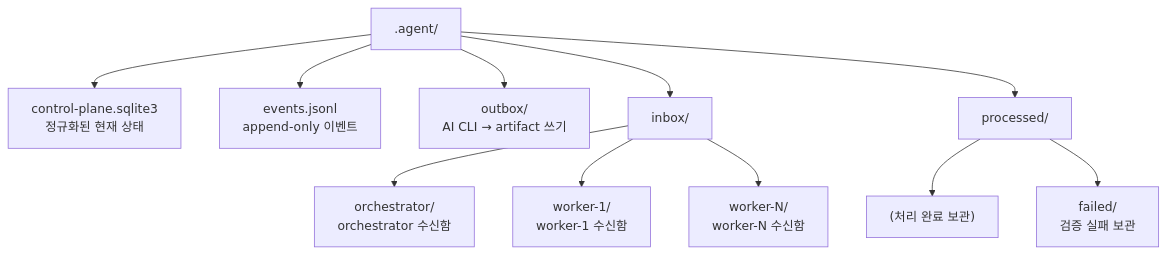
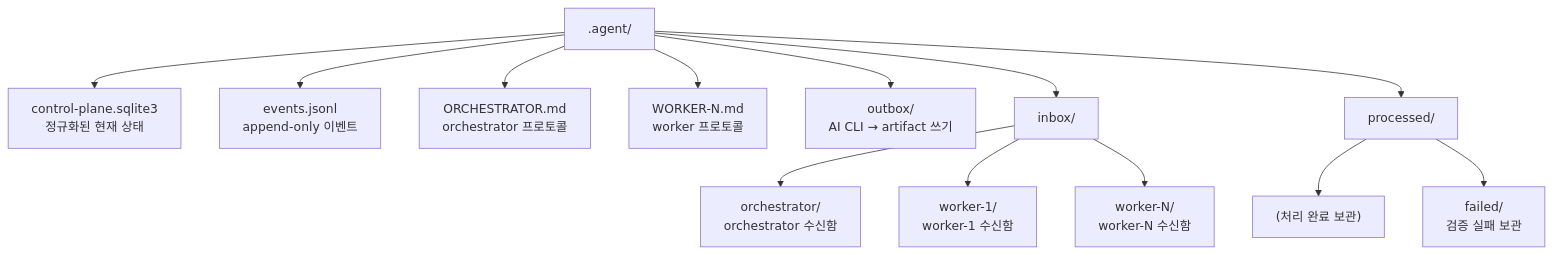
Before and after one commit to ttalkkag/cmux-agent: the tenth of 11 diagrams in docs/00-overview.md, drawn with Mermaid. The commit also changed other lines of this file and 6 other files, not shown here.

````diff
--- a/docs/00-overview.md
+++ b/docs/00-overview.md
@@ -278,25 +282,29 @@
 ```mermaid
 graph TD
     ROOT[".agent/"]
     DB["control-plane.sqlite3<br/>정규화된 현재 상태"]
     EV["events.jsonl<br/>append-only 이벤트"]
+    PROTO_O["ORCHESTRATOR.md<br/>orchestrator 프로토콜"]
+    PROTO_W["WORKER-N.md<br/>worker 프로토콜"]
     OB["outbox/<br/>AI CLI → artifact 쓰기"]
     IB["inbox/"]
     IB_O["orchestrator/<br/>orchestrator 수신함"]
     IB_W1["worker-1/<br/>worker-1 수신함"]
     IB_WN["worker-N/<br/>worker-N 수신함"]
     PROC["processed/"]
     PROC_OK["(처리 완료 보관)"]
     PROC_FAIL["failed/<br/>검증 실패 보관"]
 
     ROOT --> DB
     ROOT --> EV
+    ROOT --> PROTO_O
+    ROOT --> PROTO_W
     ROOT --> OB
     ROOT --> IB
     ROOT --> PROC
     IB --> IB_O
     IB --> IB_W1
     IB --> IB_WN
     PROC --> PROC_OK
     PROC --> PROC_FAIL
 ```
````
